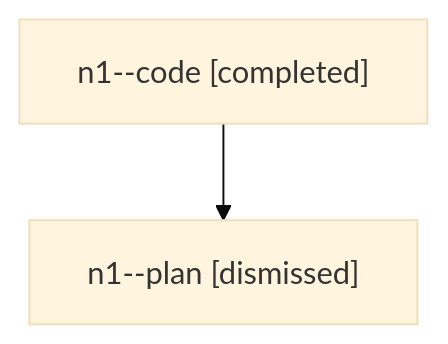
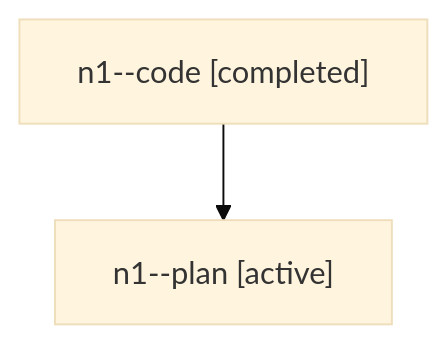
One commit to sase-org/sase--agents changed the diagram in families/bbugyi200.athena.n1.md. Above: the diagram before and after it, drawn with Mermaid (base theme). The commit also changed other lines of this file and 5813 other files, not shown here.

````diff
--- a/families/bbugyi200.athena.n1.md
+++ b/families/bbugyi200.athena.n1.md
@@ -9,6 +9,6 @@
 ```mermaid
 flowchart TD
   n0["n1--code [completed]"]
-  n1["n1--plan [dismissed]"]
+  n1["n1--plan [active]"]
   n0 --> n1
 ```
````
